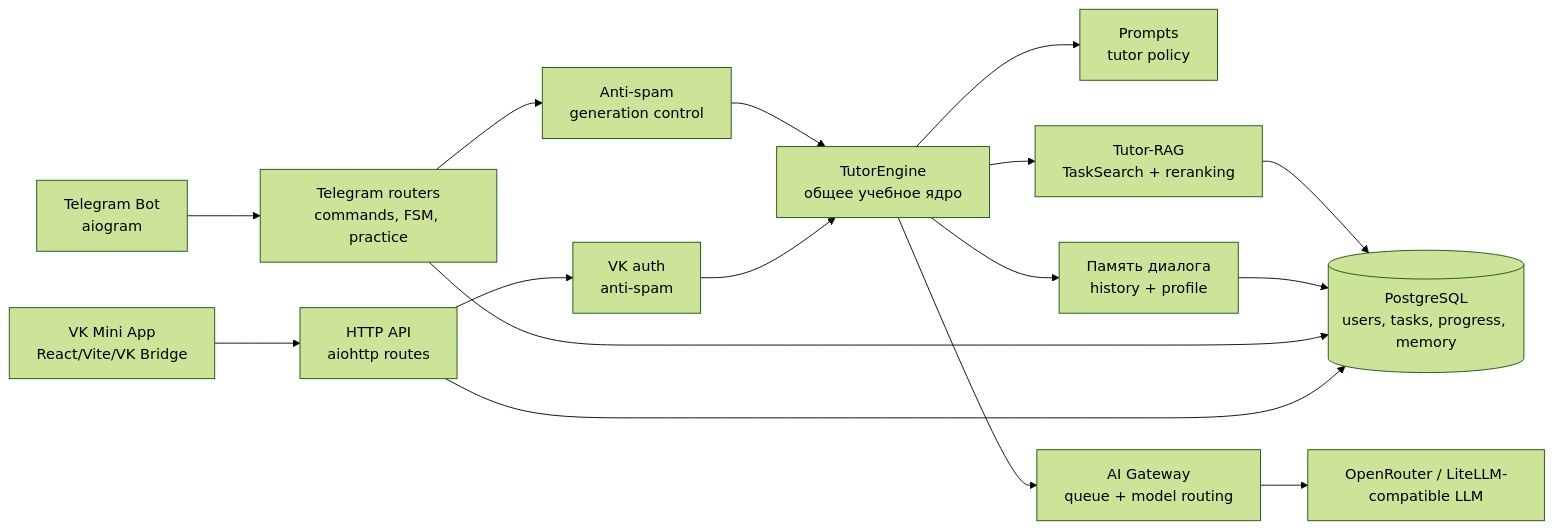
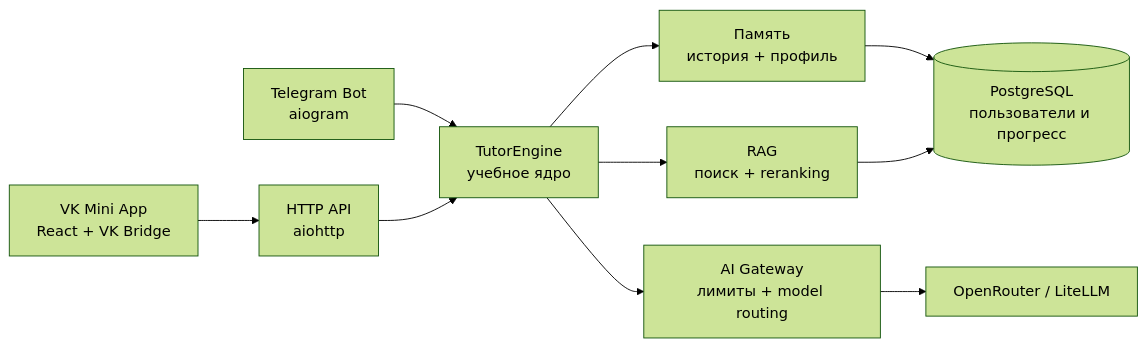
Before and after one commit to akiamuradev/evolution-tutor-bot: the first of 2 diagrams in README.md, drawn with Mermaid (forest theme). The commit also changed other lines of this file, not shown here.

````diff
--- a/README.md
+++ b/README.md
@@ -116,18 +59,12 @@
 ```mermaid
 flowchart LR
-    TG["Telegram Bot<br/>aiogram"] --> TR["Telegram routers<br/>commands, FSM, practice"]
-    VK["VK Mini App<br/>React/Vite/VK Bridge"] --> API["HTTP API<br/>aiohttp routes"]
-    TR --> GUARD["Anti-spam<br/>generation control"]
-    API --> AUTH["VK auth<br/>anti-spam"]
-    GUARD --> TE["TutorEngine<br/>общее учебное ядро"]
-    AUTH --> TE
-    TE --> POLICY["Prompts<br/>tutor policy"]
-    TE --> MEM["Память диалога<br/>history + profile"]
-    TE --> RAG["Tutor-RAG<br/>TaskSearch + reranking"]
-    TE --> AIG["AI Gateway<br/>queue + model routing"]
-    RAG --> DB[(PostgreSQL<br/>users, tasks, progress, memory)]
-    MEM --> DB
-    TR --> DB
-    API --> DB
-    AIG --> LLM["OpenRouter / LiteLLM-compatible LLM"]
+    TG["Telegram Bot<br/>aiogram"] --> ENGINE["TutorEngine<br/>учебное ядро"]
+    VK["VK Mini App<br/>React + VK Bridge"] --> API["HTTP API<br/>aiohttp"]
+    API --> ENGINE
+    ENGINE --> MEMORY["Память<br/>история + профиль"]
+    ENGINE --> RAG["RAG<br/>поиск + reranking"]
+    ENGINE --> GATEWAY["AI Gateway<br/>лимиты + model routing"]
+    MEMORY --> DB[("PostgreSQL<br/>пользователи и прогресс")]
+    RAG --> DB
+    GATEWAY --> LLM["OpenRouter / LiteLLM"]
 ```
````
